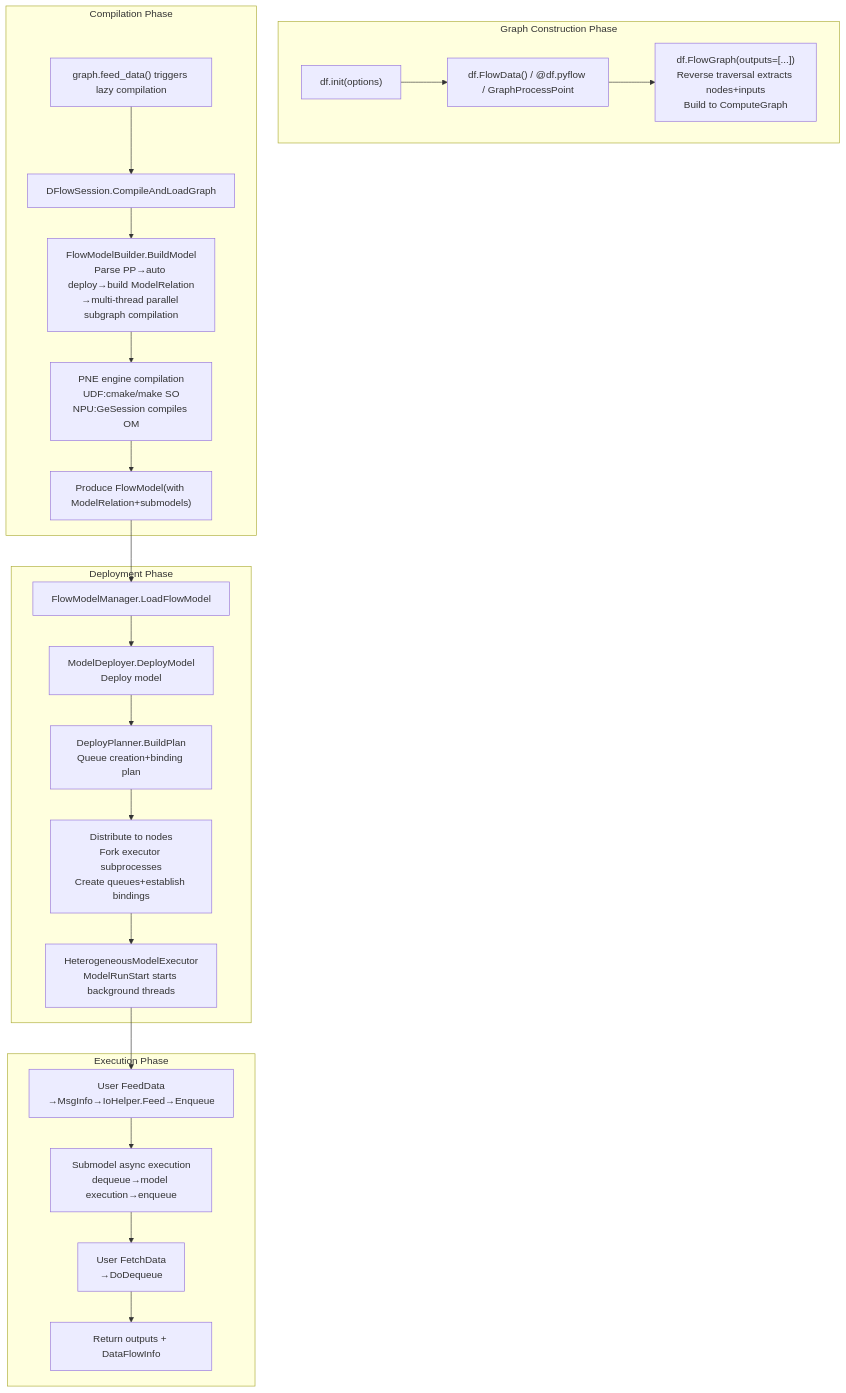
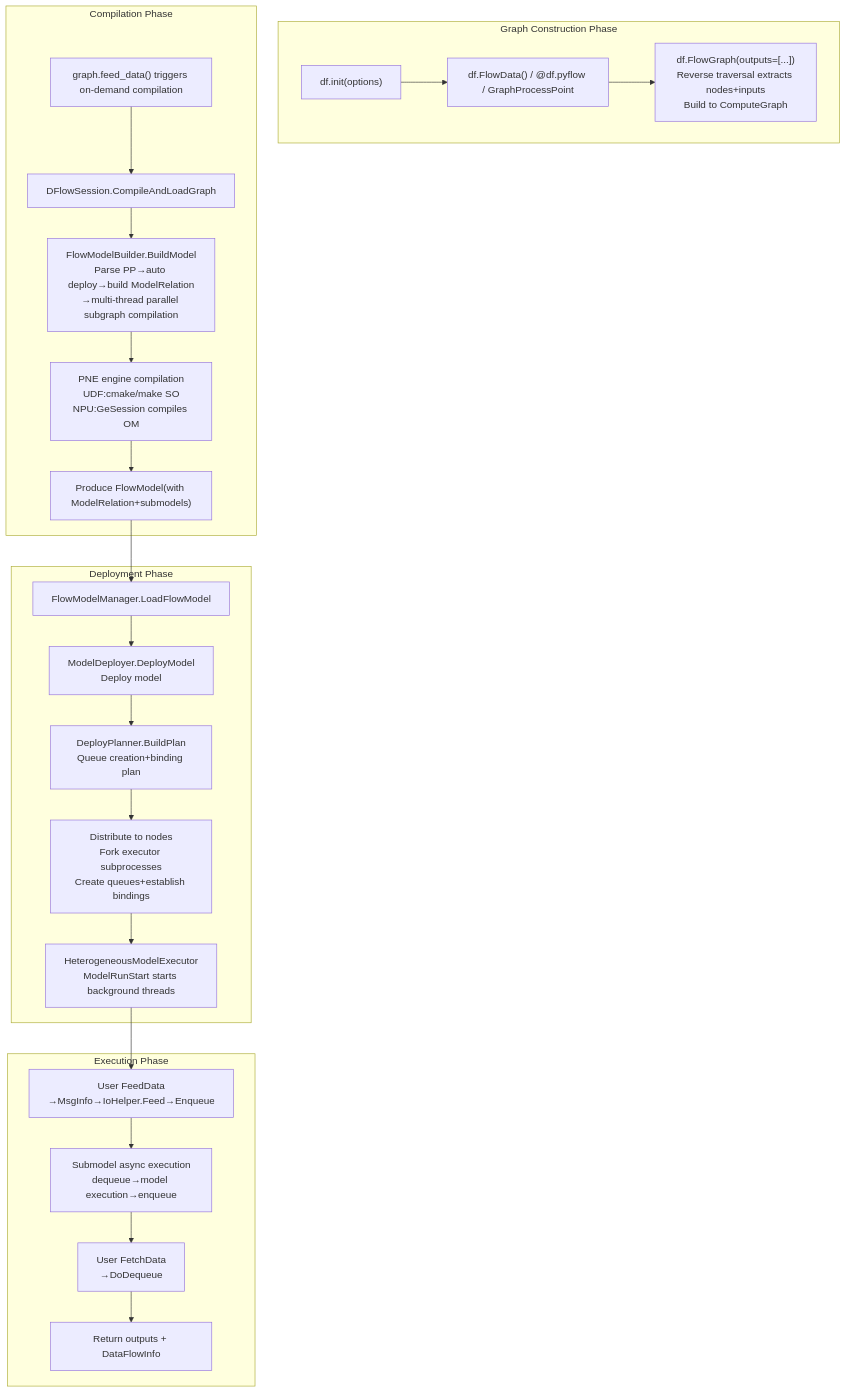
One commit to hicann/ge changed the tenth of 10 diagrams in docs/en/design/modules/dflow/dflow.md. Above: the diagram before and after it, drawn with Mermaid. The commit also changed other lines of this file and 1 other file, not shown here.

First paragraph of the commit message:
docs: 补充dflow部署流程入口衔接与全流程时序图

````diff
--- a/docs/en/design/modules/dflow/dflow.md
+++ b/docs/en/design/modules/dflow/dflow.md
@@ -742,26 +771,26 @@
 ```mermaid
 flowchart TD
     subgraph Graph Construction Phase
         A1["df.init(options)"] --> A2["df.FlowData() / @df.pyflow / GraphProcessPoint"]
         A2 --> A3["df.FlowGraph(outputs=[...])<br/>Reverse traversal extracts nodes+inputs<br/>Build to ComputeGraph"]
     end
     subgraph Compilation Phase
-        B1["graph.feed_data() triggers lazy compilation"] --> B2["DFlowSession.CompileAndLoadGraph"]
+        B1["graph.feed_data() triggers on-demand compilation"] --> B2["DFlowSession.CompileAndLoadGraph"]
         B2 --> B3["FlowModelBuilder.BuildModel<br/>Parse PP→auto deploy→build ModelRelation<br/>→multi-thread parallel subgraph compilation"]
         B3 --> B4["PNE engine compilation<br/>UDF:cmake/make SO<br/>NPU:GeSession compiles OM"]
         B4 --> B5["Produce FlowModel(with ModelRelation+submodels)"]
     end
     subgraph Deployment Phase
         B5 --> C1["FlowModelManager.LoadFlowModel"]
         C1 --> C2["ModelDeployer.DeployModel<br/>Deploy model"]
         C2 --> C3["DeployPlanner.BuildPlan<br/>Queue creation+binding plan"]
         C3 --> C4["Distribute to nodes<br/>Fork executor subprocesses<br/>Create queues+establish bindings"]
         C4 --> C5["HeterogeneousModelExecutor<br/>ModelRunStart starts background threads"]
     end
     subgraph Execution Phase
         C5 --> D1["User FeedData<br/>→MsgInfo→IoHelper.Feed→Enqueue"]
         D1 --> D2["Submodel async execution<br/>dequeue→model execution→enqueue"]
         D2 --> D3["User FetchData<br/>→DoDequeue"]
         D3 --> D4["Return outputs + DataFlowInfo"]
     end
 ```
````
